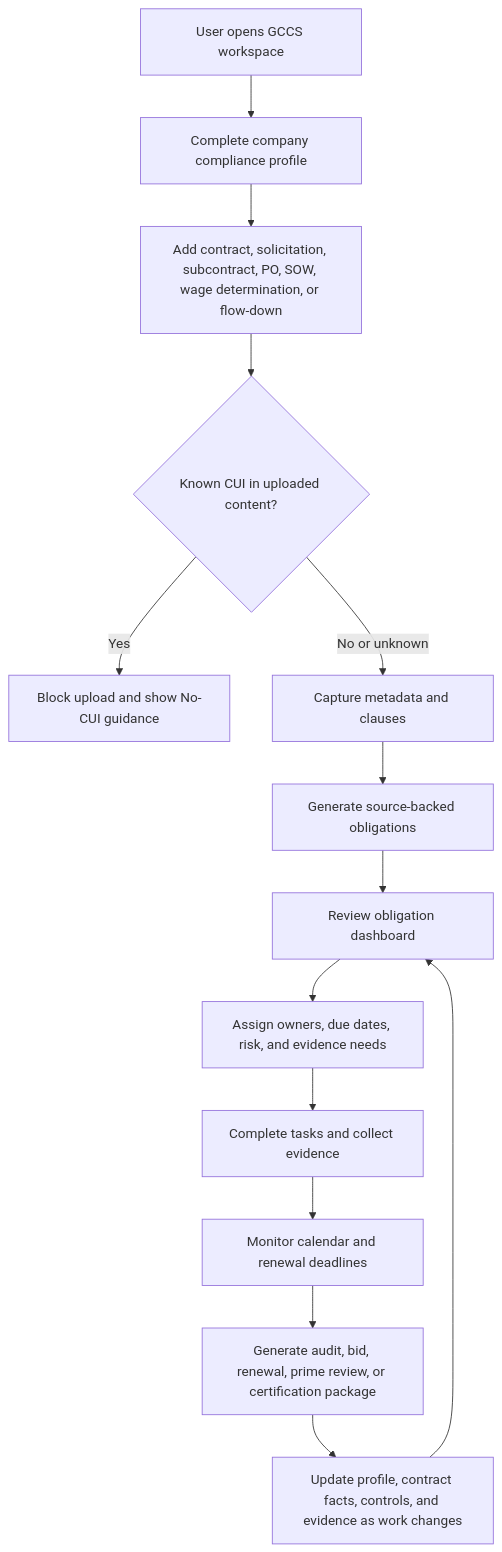
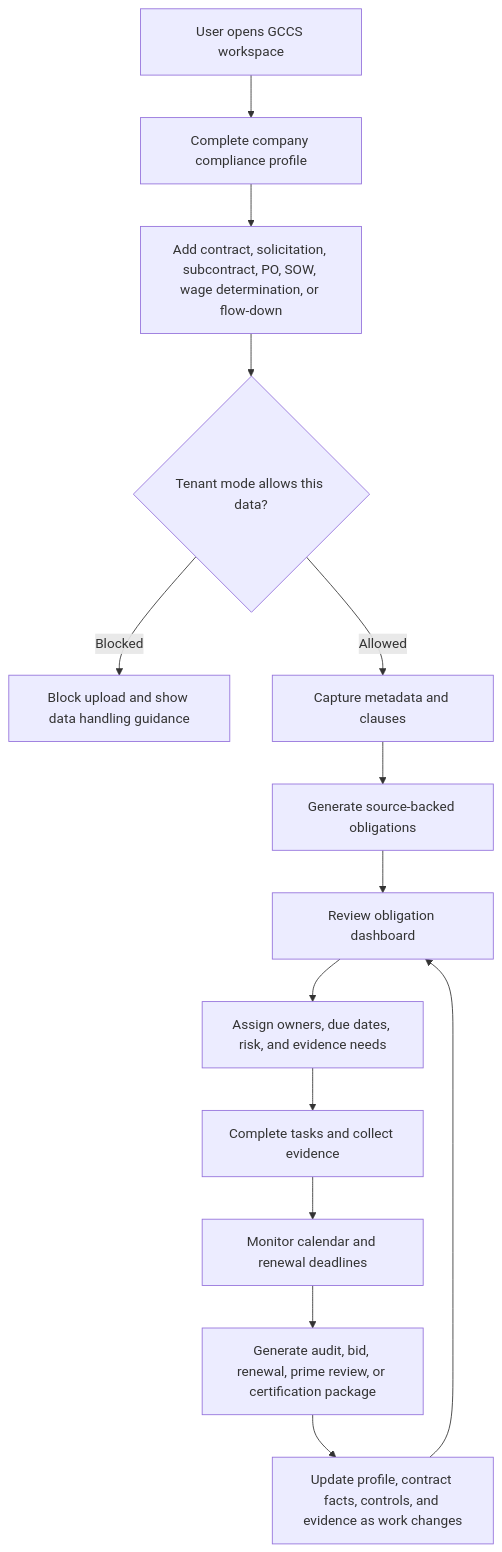
One commit to samurab/Gccs changed the first of 8 diagrams in docs/design-flow-diagrams.md. Above: the diagram before and after it, drawn with Mermaid. The commit also changed other lines of this file and 34 other files, not shown here.

````diff
--- a/docs/design-flow-diagrams.md
+++ b/docs/design-flow-diagrams.md
@@ -7,30 +7,30 @@
 ```mermaid
 flowchart TD
     entry["User opens GCCS workspace"]
     profile["Complete company compliance profile"]
     intake["Add contract, solicitation, subcontract, PO, SOW, wage determination, or flow-down"]
-    guard{"Known CUI in uploaded content?"}
-    block["Block upload and show No-CUI guidance"]
+    guard{"Tenant mode allows this data?"}
+    block["Block upload and show data handling guidance"]
     capture["Capture metadata and clauses"]
     obligations["Generate source-backed obligations"]
     dashboard["Review obligation dashboard"]
     plan["Assign owners, due dates, risk, and evidence needs"]
     execute["Complete tasks and collect evidence"]
     monitor["Monitor calendar and renewal deadlines"]
     report["Generate audit, bid, renewal, prime review, or certification package"]
     improve["Update profile, contract facts, controls, and evidence as work changes"]
 
     entry --> profile
     profile --> intake
     intake --> guard
-    guard -->|"Yes"| block
-    guard -->|"No or unknown"| capture
+    guard -->|"Blocked"| block
+    guard -->|"Allowed"| capture
     capture --> obligations
     obligations --> dashboard
     dashboard --> plan
     plan --> execute
     execute --> monitor
     monitor --> report
     report --> improve
     improve --> dashboard
 ```
````
